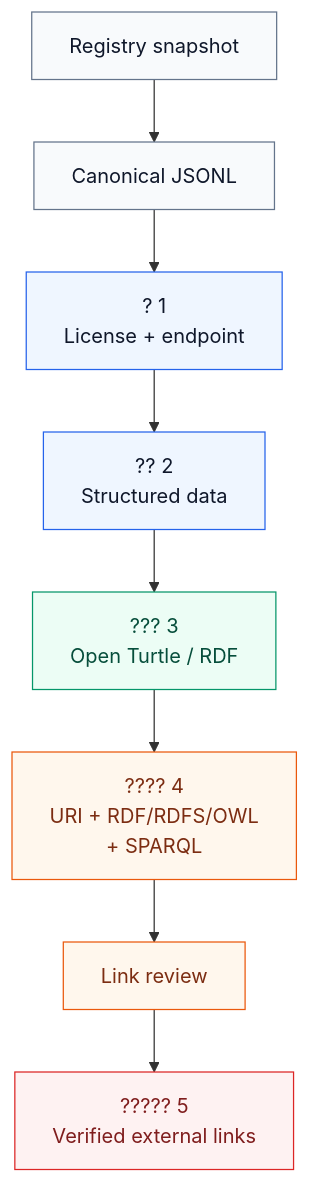
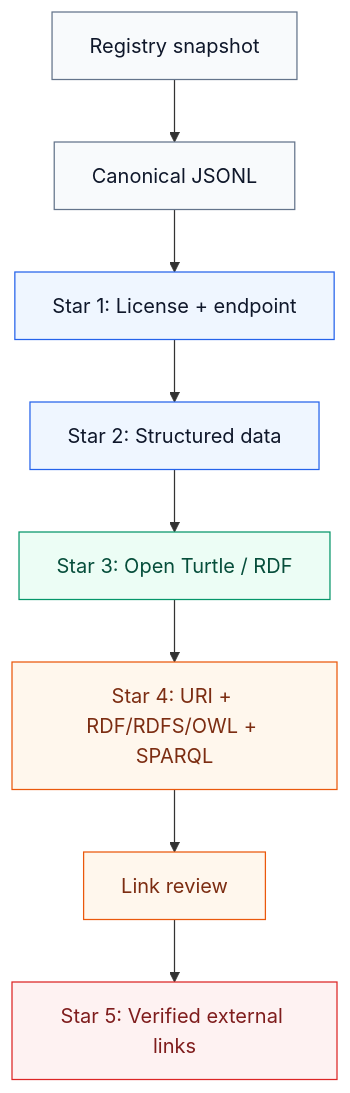
The sixth of 10 diagrams in PROJECT_SPEC.md (sutobode/Semanticweb), drawn with Mermaid before and after one commit. The commit also changed other lines of this file, not shown here.

````diff
--- a/PROJECT_SPEC.md
+++ b/PROJECT_SPEC.md
@@ -1399,28 +1439,22 @@
 ```mermaid
 flowchart TD
     classDef level1 fill:#F8FAFC,stroke:#64748B,color:#0F172A
     classDef level2 fill:#EFF6FF,stroke:#2563EB,color:#0F172A
     classDef level3 fill:#ECFDF5,stroke:#059669,color:#064E3B
     classDef level4 fill:#FFF7ED,stroke:#EA580C,color:#7C2D12
     classDef level5 fill:#FEF2F2,stroke:#DC2626,color:#7F1D1D
 
-    REG["Registry snapshot"] --> CAN["Canonical JSONL"] --> S1["? 1
-License + endpoint"]
-    S1 --> S2["?? 2
-Structured data"]
-    S2 --> S3["??? 3
-Open Turtle / RDF"]
-    S3 --> S4["???? 4
-URI + RDF/RDFS/OWL
-+ SPARQL"]
-    S4 --> REVIEW["Link review"] --> S5["????? 5
-Verified external links"]
+    REG["Registry snapshot"] --> CAN["Canonical JSONL"] --> S1["Star 1: License + endpoint"]
+    S1 --> S2["Star 2: Structured data"]
+    S2 --> S3["Star 3: Open Turtle / RDF"]
+    S3 --> S4["Star 4: URI + RDF/RDFS/OWL + SPARQL"]
+    S4 --> REVIEW["Link review"] --> S5["Star 5: Verified external links"]
 
     class REG,CAN level1
     class S1 level2
     class S2 level2
     class S3 level3
     class S4 level4
     class REVIEW level4
     class S5 level5
 ```
````
